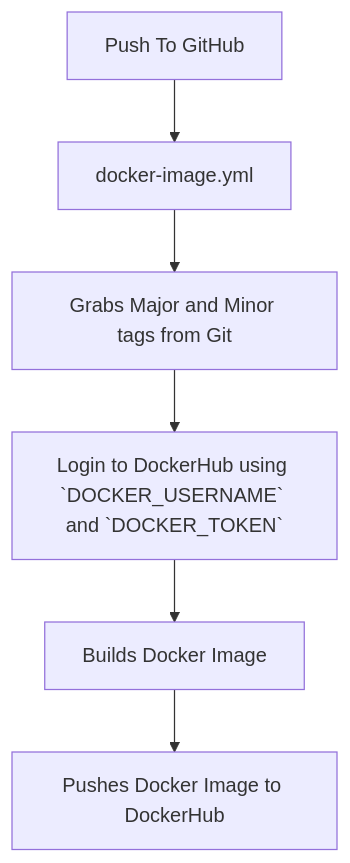
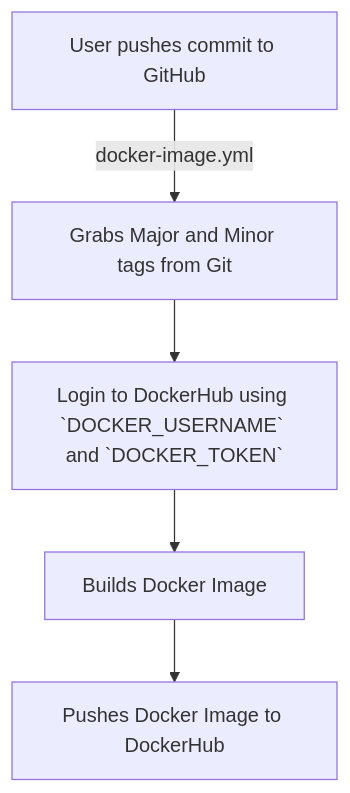
One commit to WSU-kduncan/cicdf25-AMcGohan changed the diagram in README-CI.md. Above: the diagram before and after it, drawn with Mermaid.

Commit message:
made B on the line for A to B

````diff
--- a/README-CI.md
+++ b/README-CI.md
@@ -68,8 +68,7 @@
 ```mermaid
 graph TD;
-  A[Push To GitHub]-->B[docker-image.yml];
-  B-->C[Grabs Major and Minor tags from Git];
-  C-->D[Login to DockerHub using `DOCKER_USERNAME` and `DOCKER_TOKEN`];
-  D-->E[Builds Docker Image];
-  E-->F[Pushes Docker Image to DockerHub];
+  A[User pushes commit to GitHub]-->|docker-image.yml| B[Grabs Major and Minor tags from Git];
+  B-->C[Login to DockerHub using `DOCKER_USERNAME` and `DOCKER_TOKEN`];
+  C-->D[Builds Docker Image];
+  D-->E[Pushes Docker Image to DockerHub];
 ```
````
